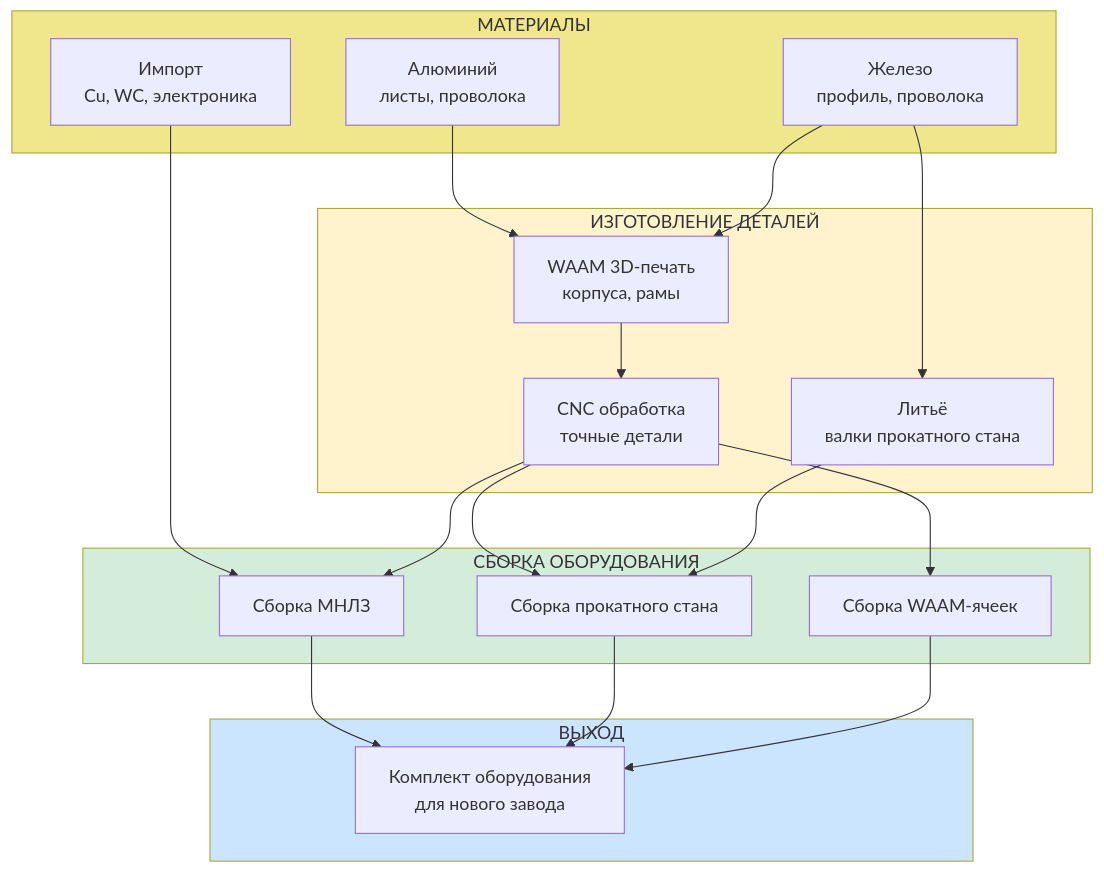
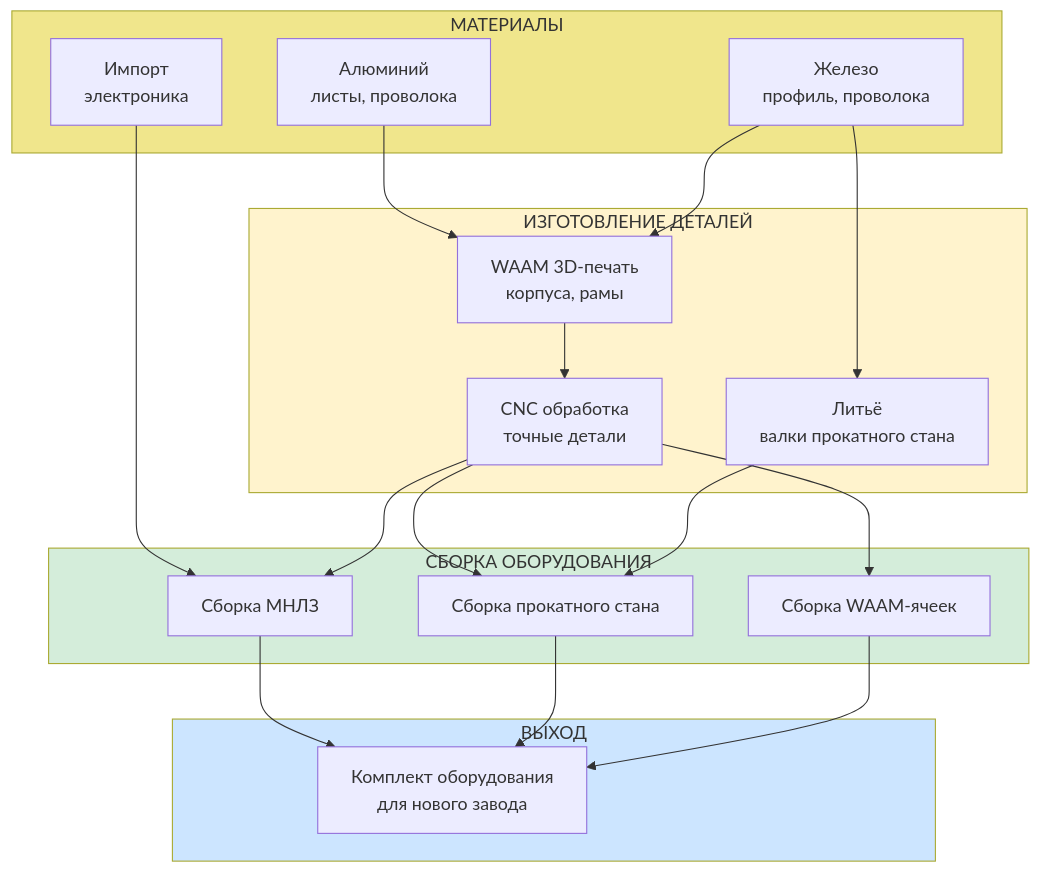
Before and after one commit to DmitryNasikanov/infinite-energy: the diagram in ru/science/detailed/production/factories/assembly/equipment.qmd, drawn with Mermaid. The commit also changed other lines of this file and 71 other files, not shown here.

````diff
--- a/ru/science/detailed/production/factories/assembly/equipment.qmd
+++ b/ru/science/detailed/production/factories/assembly/equipment.qmd
@@ -39,42 +39,42 @@
 ```{mermaid}
 flowchart TD
     subgraph INPUT["МАТЕРИАЛЫ"]
         AL["Алюминий<br/>листы, проволока"]
         FE["Железо<br/>профиль, проволока"]
-        IMPORT["Импорт<br/>Cu, WC, электроника"]
+        IMPORT["Импорт<br/>электроника"]
     end
 
     subgraph FABRICATION["ИЗГОТОВЛЕНИЕ ДЕТАЛЕЙ"]
         WAAM["WAAM 3D-печать<br/>корпуса, рамы"]
         CNC["CNC обработка<br/>точные детали"]
         CASTING["Литьё<br/>валки прокатного стана"]
     end
 
     subgraph ASSEMBLY["СБОРКА ОБОРУДОВАНИЯ"]
         MNLZ_ASM["Сборка МНЛЗ"]
         MILL_ASM["Сборка прокатного стана"]
         ROBOT_ASM["Сборка WAAM-ячеек"]
     end
 
     subgraph OUTPUT["ВЫХОД"]
         EQUIPMENT["Комплект оборудования<br/>для нового завода"]
     end
 
     AL --> WAAM
     FE --> WAAM
     FE --> CASTING
     IMPORT --> MNLZ_ASM
     WAAM --> CNC
     CNC --> MNLZ_ASM
     CNC --> MILL_ASM
     CNC --> ROBOT_ASM
     CASTING --> MILL_ASM
     MNLZ_ASM --> EQUIPMENT
     MILL_ASM --> EQUIPMENT
     ROBOT_ASM --> EQUIPMENT
 
     style INPUT fill:#f0e68c
     style FABRICATION fill:#fff3cd
     style ASSEMBLY fill:#d4edda
     style OUTPUT fill:#cce5ff
 ```
````
